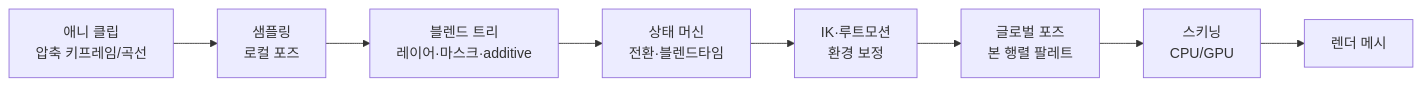
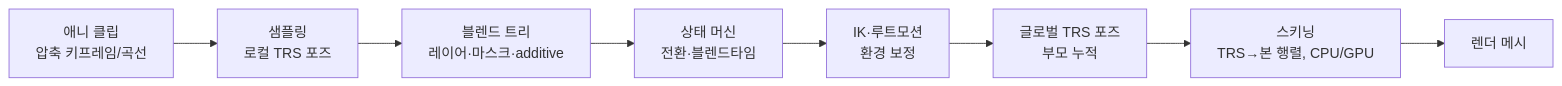
Before and after one commit to Rein-ArXiv/game-dev-curriculum: the first of 6 diagrams in engine/part02_animation.md, drawn with Mermaid. The commit also changed other lines of this file and 279 other files, not shown here.

````diff
--- a/engine/part02_animation.md
+++ b/engine/part02_animation.md
@@ -7,10 +7,10 @@
 ```mermaid
 flowchart LR
-    Clip[애니 클립<br/>압축 키프레임/곡선] --> Sample[샘플링<br/>로컬 포즈]
+    Clip[애니 클립<br/>압축 키프레임/곡선] --> Sample[샘플링<br/>로컬 TRS 포즈]
     Sample --> Blend[블렌드 트리<br/>레이어·마스크·additive]
     Blend --> SM[상태 머신<br/>전환·블렌드타임]
     SM --> IK[IK·루트모션<br/>환경 보정]
-    IK --> Pose[글로벌 포즈<br/>본 행렬 팔레트]
-    Pose --> Skin[스키닝<br/>CPU/GPU]
+    IK --> Pose[글로벌 TRS 포즈<br/>부모 누적]
+    Pose --> Skin[스키닝<br/>TRS→본 행렬, CPU/GPU]
     Skin --> Out[렌더 메시]
 ```
````
